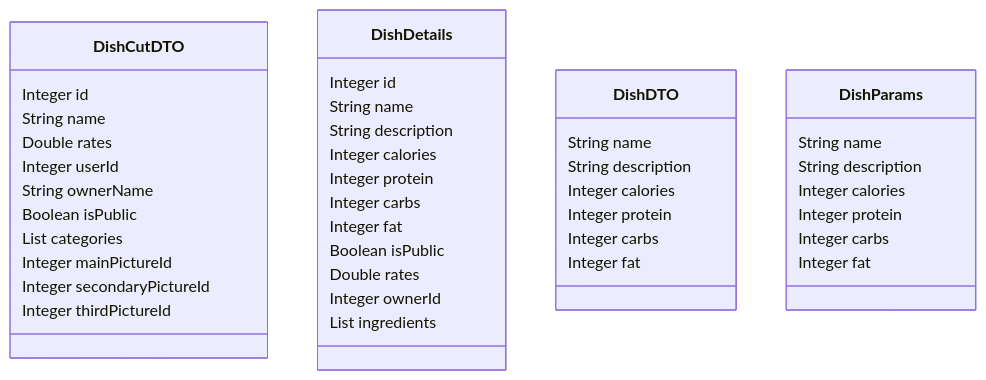
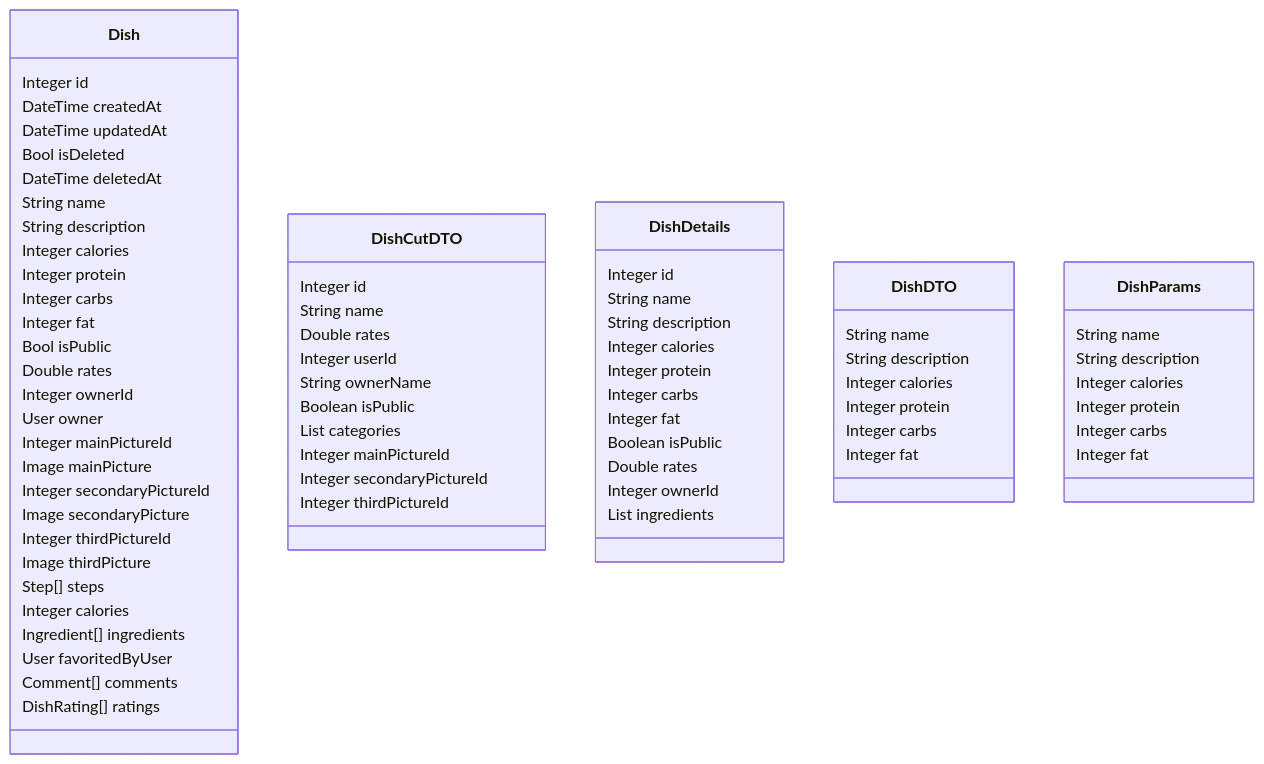
One commit to GruboKrojone/SneakFit changed the sixth of 7 diagrams in Backend/README.md. Above: the diagram before and after it, drawn with Mermaid. The commit also changed other lines of this file and 3 other files, not shown here.

````diff
--- a/Backend/README.md
+++ b/Backend/README.md
@@ -843,44 +1468,73 @@
 ```mermaid
 classDiagram
+    class Dish {
+      Integer id
+      DateTime createdAt
+      DateTime updatedAt
+      Bool isDeleted
+      DateTime deletedAt
+      String name
+      String description
+      Integer calories
+      Integer protein
+      Integer carbs
+      Integer fat
+      Bool isPublic
+      Double rates
+      Integer ownerId
+      User owner
+      Integer mainPictureId
+      Image mainPicture
+      Integer secondaryPictureId
+      Image secondaryPicture
+      Integer thirdPictureId
+      Image thirdPicture
+      Step[] steps
+      Integer calories
+      Ingredient[] ingredients
+      User favoritedByUser
+      Comment[] comments
+      DishRating[] ratings
+    }
     class DishCutDTO {
         Integer id
         String name
         Double rates
         Integer userId
         String ownerName
         Boolean isPublic
         List<CategoryDTO> categories
         Integer mainPictureId
         Integer secondaryPictureId
         Integer thirdPictureId
     }
     class DishDetails {
         Integer id
         String name
         String description
         Integer calories
         Integer protein
         Integer carbs
         Integer fat
         Boolean isPublic
         Double rates
         Integer ownerId
         List<IngredientDTO> ingredients
     }
     class DishDTO {
         String name
         String description
         Integer calories
         Integer protein
         Integer carbs
         Integer fat
     }
     class DishParams {
         String name
         String description
         Integer calories
         Integer protein
         Integer carbs
         Integer fat
     }
 ```
````
